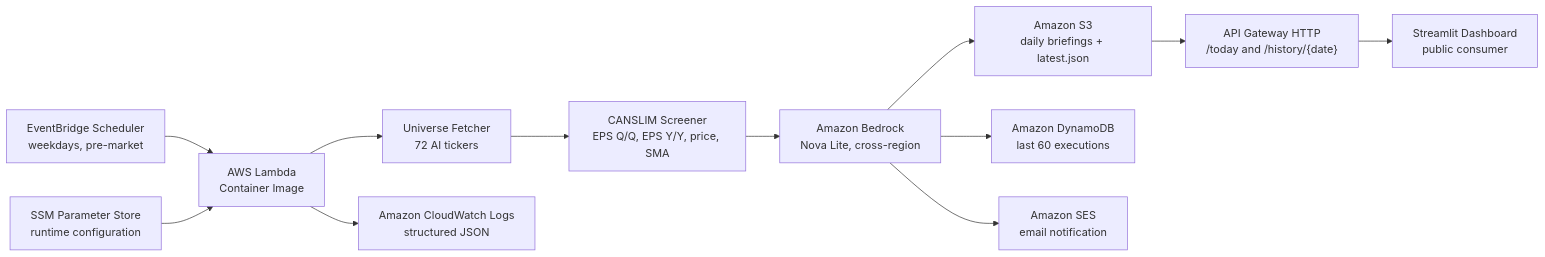
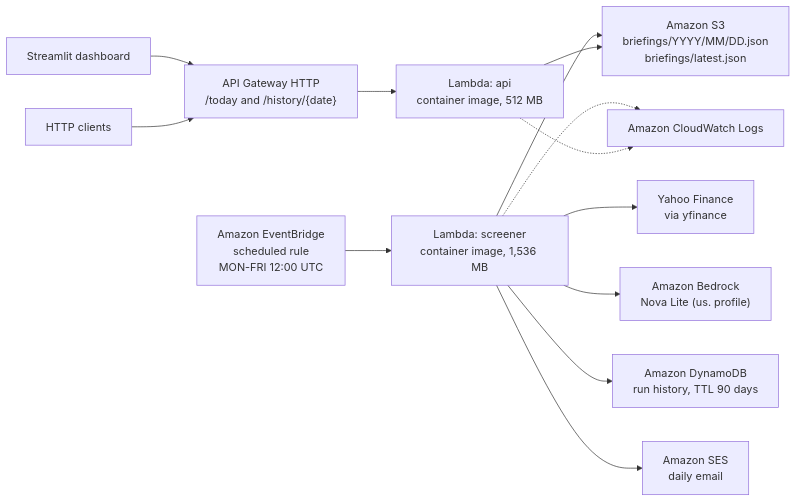
The diagram in README.md (Ant4rez/Alphagen-Daily), drawn with Mermaid before and after one commit. The commit also changed other lines of this file and 1 other file, not shown here.

Commit message:
docs(readme): rewrite with accurate architecture, configuration and API details

````diff
--- a/README.md
+++ b/README.md
@@ -42,14 +47,15 @@
 ```mermaid
 flowchart LR
-    A["EventBridge Scheduler<br/>weekdays, pre-market"] --> B["AWS Lambda<br/>Container Image"]
-    L["SSM Parameter Store<br/>runtime configuration"] --> B
-    B --> C["Universe Fetcher<br/>72 AI tickers"]
-    C --> D["CANSLIM Screener<br/>EPS Q/Q, EPS Y/Y, price, SMA"]
-    D --> E["Amazon Bedrock<br/>Nova Lite, cross-region"]
-    E --> F["Amazon S3<br/>daily briefings + latest.json"]
-    E --> G["Amazon DynamoDB<br/>last 60 executions"]
-    E --> H["Amazon SES<br/>email notification"]
-    F --> I["API Gateway HTTP<br/>/today and /history/{date}"]
-    I --> J["Streamlit Dashboard<br/>public consumer"]
-    B --> K["Amazon CloudWatch Logs<br/>structured JSON"]
+    CRON["Amazon EventBridge<br/>scheduled rule<br/>MON-FRI 12:00 UTC"] --> SCR["Lambda: screener<br/>container image, 1,536 MB"]
+    SCR --> YF["Yahoo Finance<br/>via yfinance"]
+    SCR --> BR["Amazon Bedrock<br/>Nova Lite (us. profile)"]
+    SCR --> S3["Amazon S3<br/>briefings/YYYY/MM/DD.json<br/>briefings/latest.json"]
+    SCR --> DDB["Amazon DynamoDB<br/>run history, TTL 90 days"]
+    SCR --> SES["Amazon SES<br/>daily email"]
+    WEB["Streamlit dashboard"] --> APIG["API Gateway HTTP<br/>/today and /history/{date}"]
+    CLIENT["HTTP clients"] --> APIG
+    APIG --> API["Lambda: api<br/>container image, 512 MB"]
+    API --> S3
+    SCR -.-> CW["Amazon CloudWatch Logs"]
+    API -.-> CW
 ```
````
